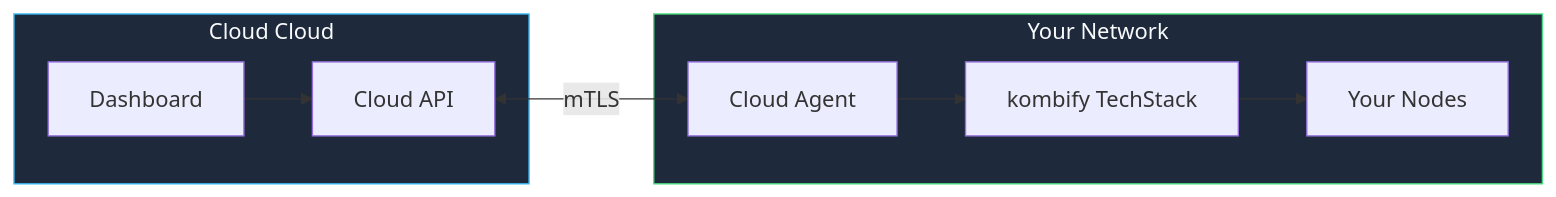
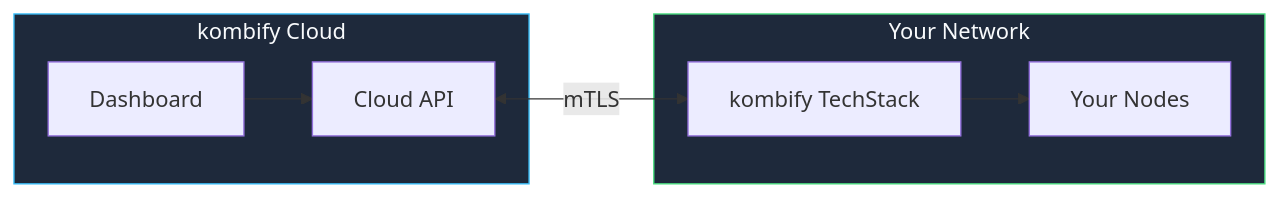
Before and after one commit to KombiverseLabs/docs: the diagram in cloud/getting-started.mdx, drawn with Mermaid. The commit also changed other lines of this file and 95 other files, not shown here.

````diff
--- a/cloud/getting-started.mdx
+++ b/cloud/getting-started.mdx
@@ -63,21 +58,19 @@
 ```mermaid
 graph LR
-    subgraph Cloud["Cloud Cloud"]
+    subgraph KombifyCloud["kombify Cloud"]
         Dashboard["Dashboard"]
         API["Cloud API"]
     end
-    
+
     subgraph YourNetwork["Your Network"]
-        Agent["Cloud Agent"]
         Stack["kombify TechStack"]
         Nodes["Your Nodes"]
     end
-    
+
     Dashboard --> API
-    API <-->|mTLS| Agent
-    Agent --> Stack
+    API <-->|mTLS| Stack
     Stack --> Nodes
-    
-    style Cloud fill:#1e293b,stroke:#38bdf8,color:#f8fafc
+
+    style KombifyCloud fill:#1e293b,stroke:#38bdf8,color:#f8fafc
     style YourNetwork fill:#1e293b,stroke:#4ade80,color:#f8fafc
 ```
````
